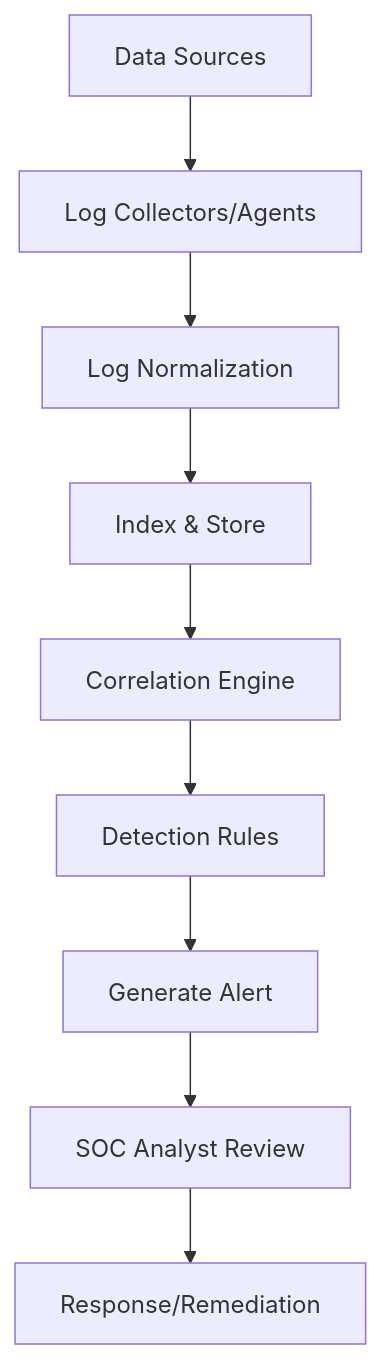
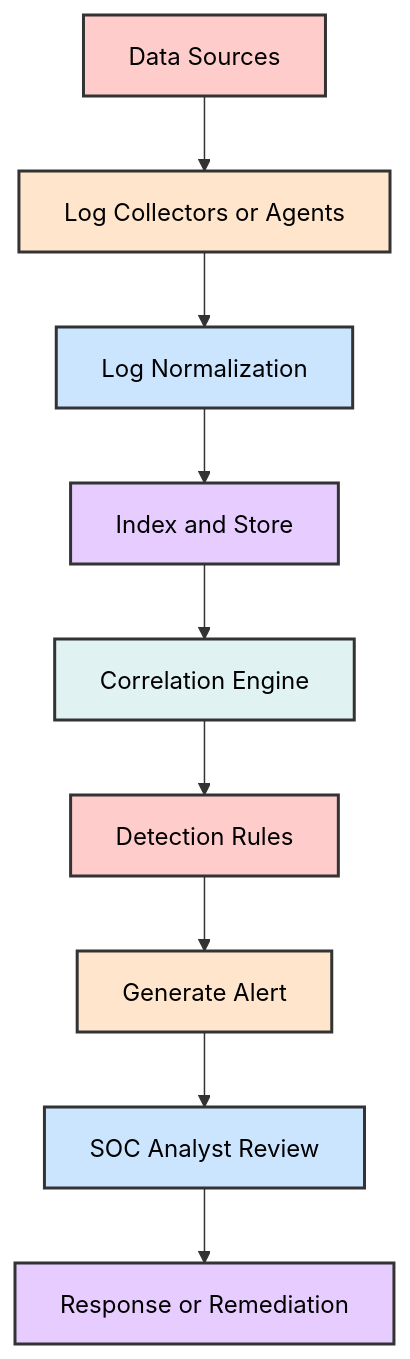
One commit to manojxshrestha/SOC-Analyst-Cheatsheet changed the seventh of 12 diagrams in 2-Security-Monitoring-SIEM-Fundamentals/README.md. Above: the diagram before and after it, drawn with Mermaid. The commit also changed other lines of this file, not shown here.

````diff
--- a/2-Security-Monitoring-SIEM-Fundamentals/README.md
+++ b/2-Security-Monitoring-SIEM-Fundamentals/README.md
@@ -739,11 +739,21 @@
 ```mermaid
 graph TD
-    Sources[Data Sources] --> Collectors[Log Collectors/Agents]
+    Sources[Data Sources] --> Collectors[Log Collectors or Agents]
     Collectors --> Normalization[Log Normalization]
-    Normalization --> Index[Index & Store]
+    Normalization --> Index[Index and Store]
     Index --> Correlation[Correlation Engine]
     Correlation --> Detection[Detection Rules]
     Detection --> Alert[Generate Alert]
     Alert --> Analyst[SOC Analyst Review]
-    Analyst --> Response[Response/Remediation]
+    Analyst --> Response[Response or Remediation]
+
+    style Sources fill:#ffcccc,stroke:#333,stroke-width:2px,color:#000
+    style Collectors fill:#ffe5cc,stroke:#333,stroke-width:2px,color:#000
+    style Normalization fill:#cce5ff,stroke:#333,stroke-width:2px,color:#000
+    style Index fill:#e6ccff,stroke:#333,stroke-width:2px,color:#000
+    style Correlation fill:#e0f2f1,stroke:#333,stroke-width:2px,color:#000
+    style Detection fill:#ffcccc,stroke:#333,stroke-width:2px,color:#000
+    style Alert fill:#ffe5cc,stroke:#333,stroke-width:2px,color:#000
+    style Analyst fill:#cce5ff,stroke:#333,stroke-width:2px,color:#000
+    style Response fill:#e6ccff,stroke:#333,stroke-width:2px,color:#000
 ```
````
